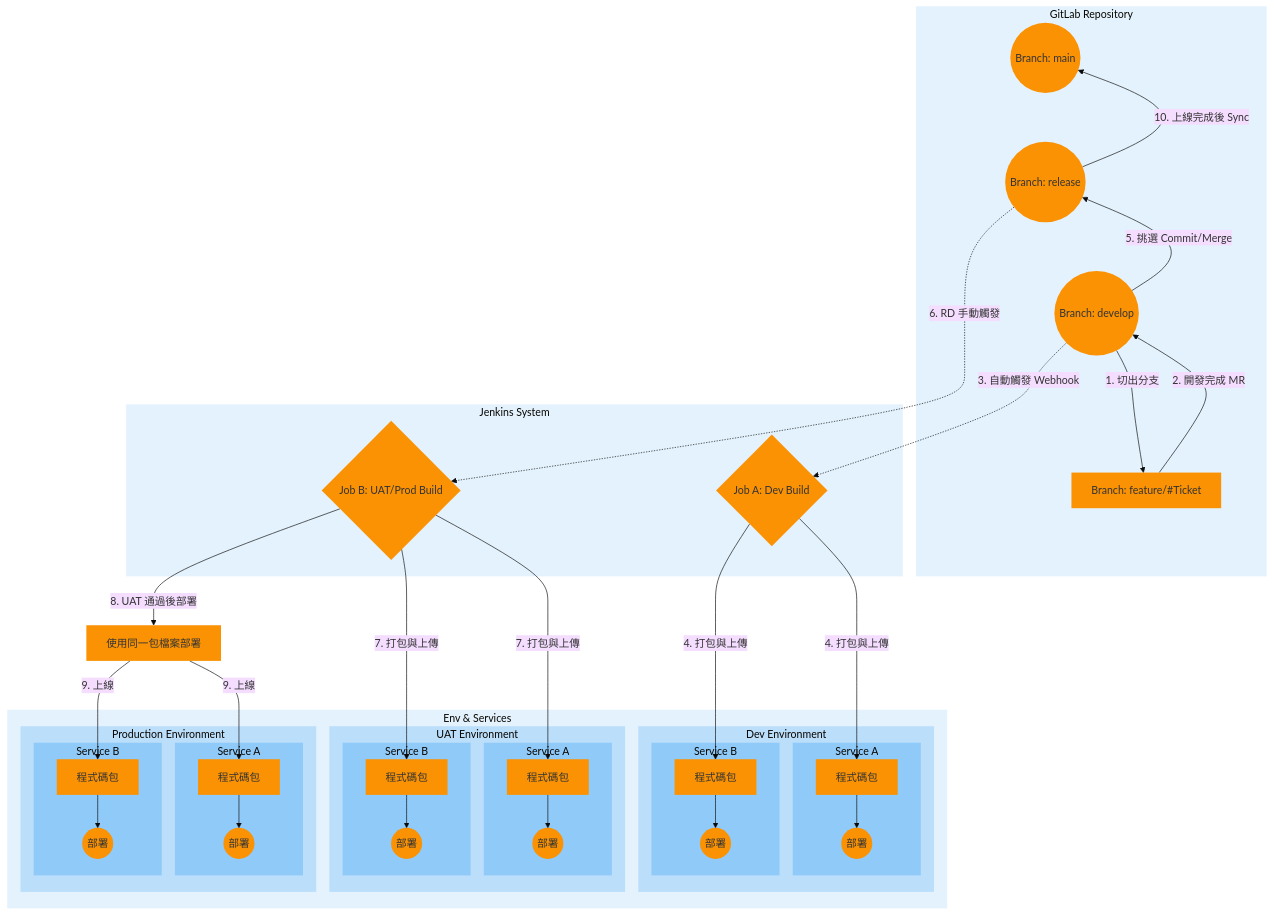
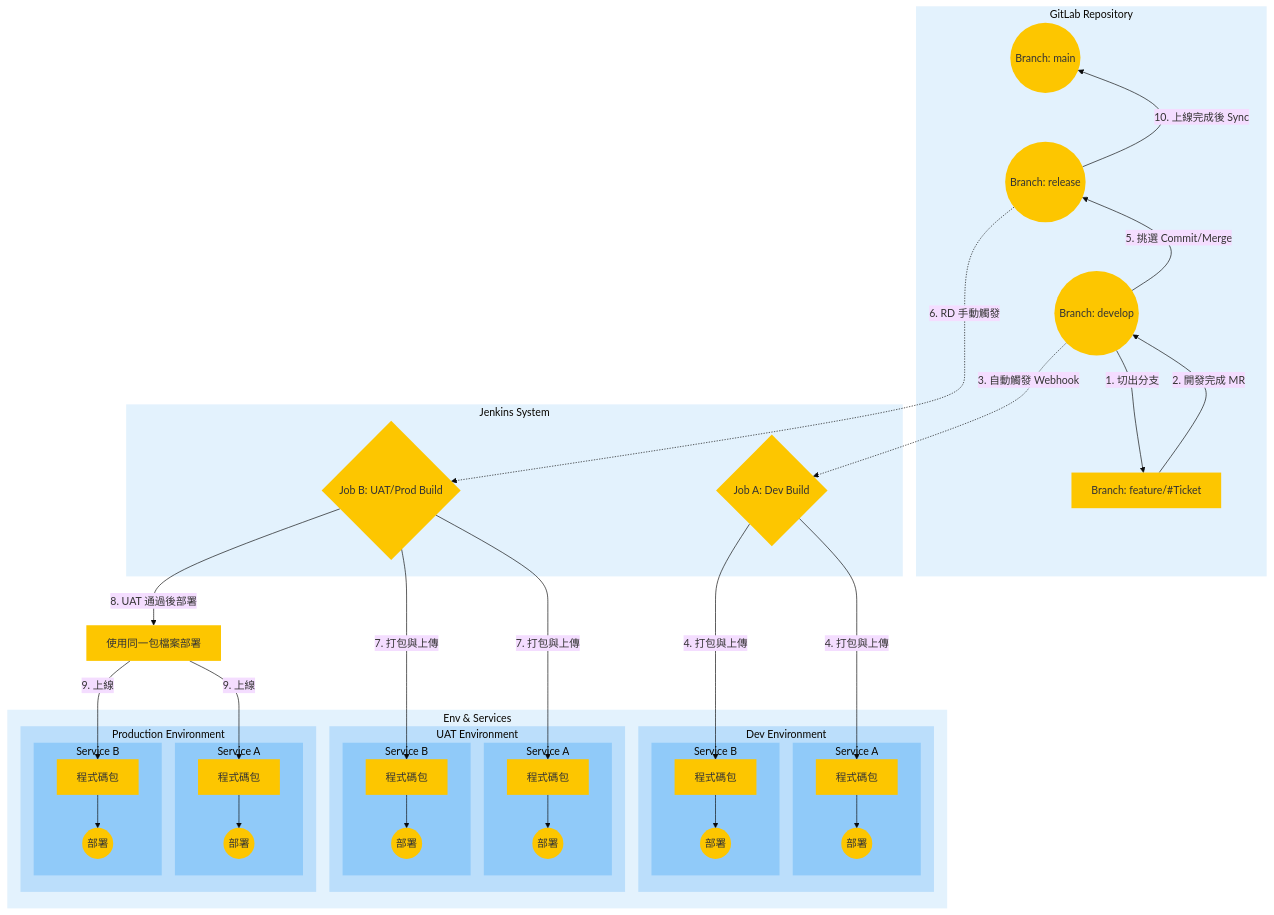
One commit to almightyken0425/KnowledgeVault changed the second of 2 diagrams in SIT/ReleaseWorkFlow.md. Above: the diagram before and after it, drawn with Mermaid (base theme).

````diff
--- a/SIT/ReleaseWorkFlow.md
+++ b/SIT/ReleaseWorkFlow.md
@@ -47,11 +47,11 @@
 ```mermaid
 graph TD
     %% 定義樣式
-    classDef branch fill:#FA9203,stroke:#2E7D32,stroke-width:0px;
-    classDef action fill:#FA9203,stroke:#2E7D32,stroke-width:0px;
-    classDef server fill:#FA9203,stroke:#2E7D32,stroke-width:0px;
-    classDef jenkins fill:#FA9203,stroke:#2E7D32,stroke-width:0px;
-    classDef deployAction fill:#FA9203,stroke:#2E7D32,stroke-width:0px;
+    classDef branch fill:#FDC600,stroke:#2E7D32,stroke-width:0px;
+    classDef action fill:#FDC600,stroke:#2E7D32,stroke-width:0px;
+    classDef server fill:#FDC600,stroke:#2E7D32,stroke-width:0px;
+    classDef jenkins fill:#FDC600,stroke:#2E7D32,stroke-width:0px;
+    classDef deployAction fill:#FDC600,stroke:#2E7D32,stroke-width:0px;
 
     %% 節點定義
     subgraph Git_Repo [GitLab Repository]
````
